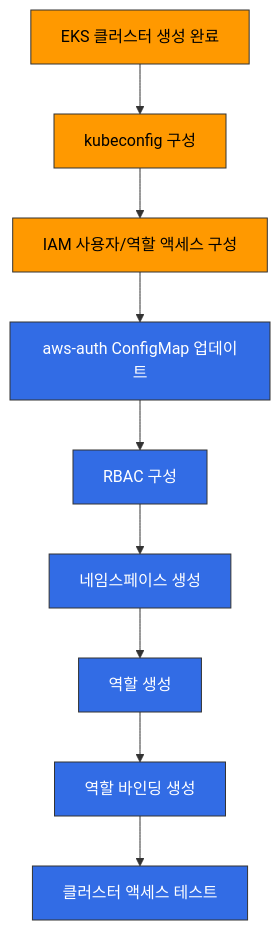
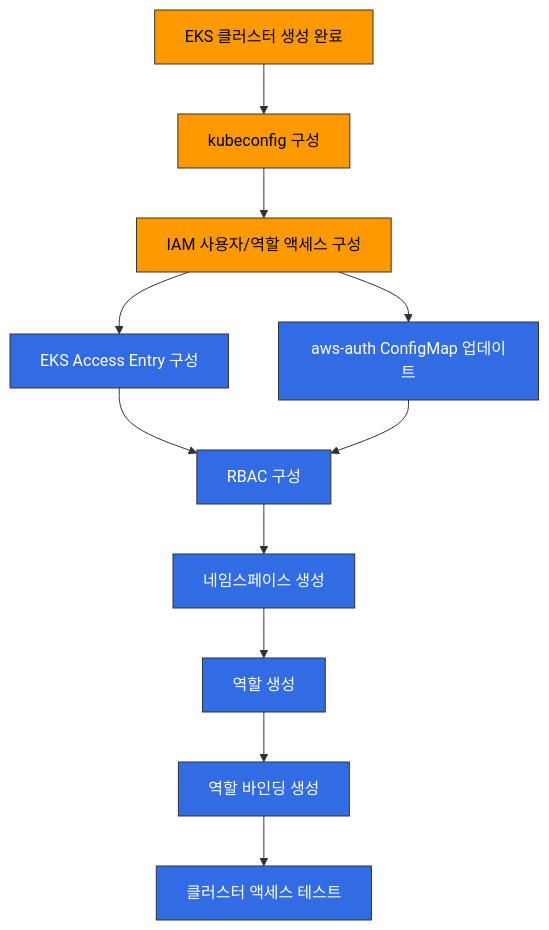
The first of 5 diagrams in eks/02-eks-cluster-creation-part5.md (Atom-oh/kubernetes-docs), drawn with Mermaid before and after one commit. The commit also changed other lines of this file and 11 other files, not shown here.

````diff
--- a/eks/02-eks-cluster-creation-part5.md
+++ b/eks/02-eks-cluster-creation-part5.md
@@ -9,21 +9,23 @@
 ```mermaid
 flowchart TD
     A[EKS 클러스터 생성 완료] --> B[kubeconfig 구성]
     B --> C[IAM 사용자/역할 액세스 구성]
-    C --> D[aws-auth ConfigMap 업데이트]
-    D --> E[RBAC 구성]
+    C --> D1[EKS Access Entry 구성]
+    C --> D2[aws-auth ConfigMap 업데이트]
+    D1 --> E[RBAC 구성]
+    D2 --> E
     E --> F[네임스페이스 생성]
     F --> G[역할 생성]
     G --> H[역할 바인딩 생성]
     H --> I[클러스터 액세스 테스트]
     
     %% 클래스 정의
     classDef awsService fill:#FF9900,stroke:#333,stroke-width:1px,color:black;
     classDef k8sComponent fill:#326CE5,stroke:#333,stroke-width:1px,color:white;
     classDef userApp fill:#00C7B7,stroke:#333,stroke-width:1px,color:white;
     classDef default fill:#f9f9f9,stroke:#333,stroke-width:1px,color:black;
     
     %% 클래스 적용
     class A,B,C awsService;
-    class D,E,F,G,H,I k8sComponent;
+    class D1,D2,E,F,G,H,I k8sComponent;
 ```
````
